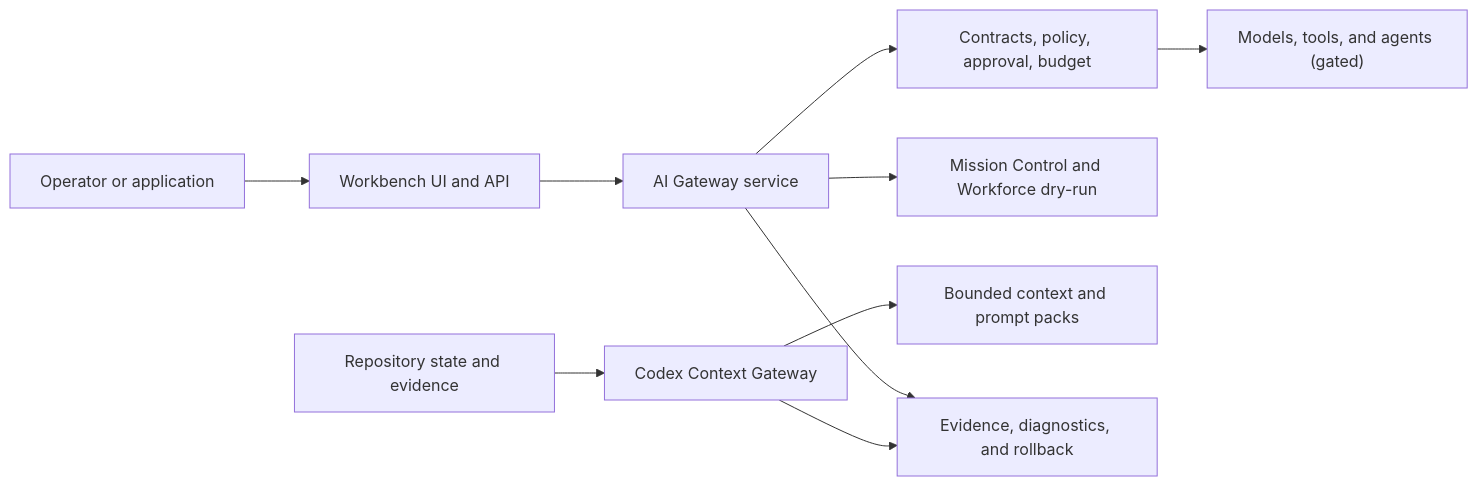
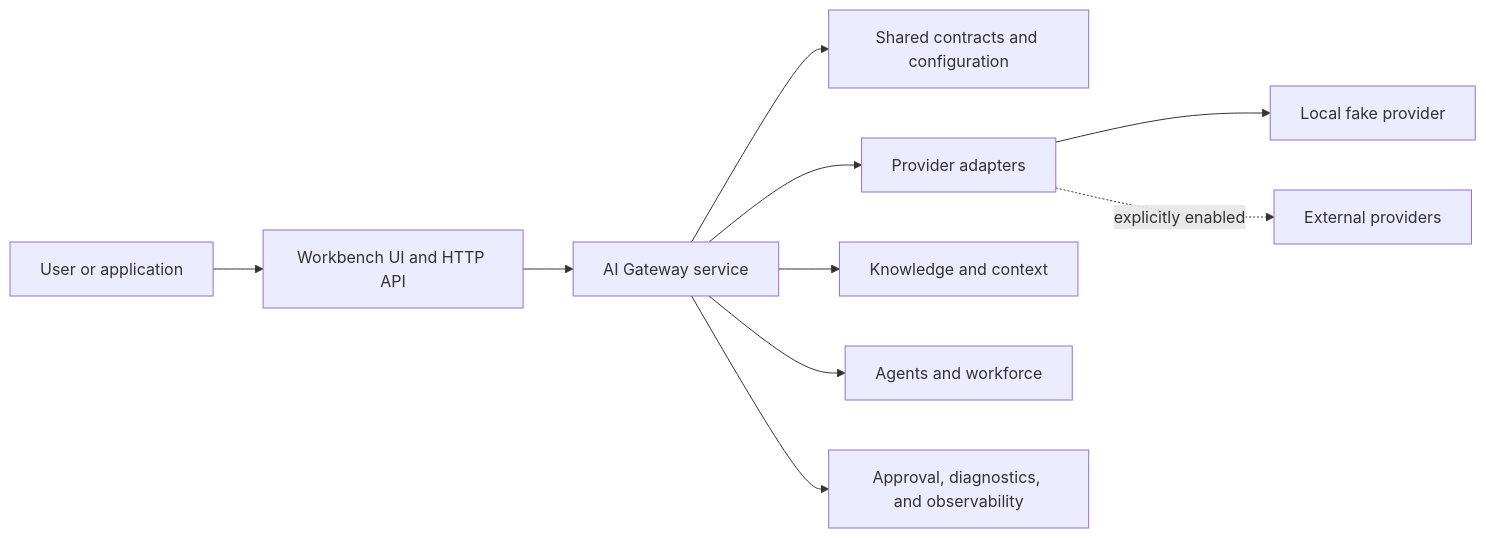
One commit to happy520ai/unified-ai-system changed the diagram in README.md. Above: the diagram before and after it, drawn with Mermaid. The commit also changed other lines of this file and 9233 other files, not shown here.

````diff
--- a/README.md
+++ b/README.md
@@ -61,14 +78,12 @@
 ```mermaid
 flowchart LR
-    O["Operator or application"] --> W["Workbench UI and API"]
-    W --> G["AI Gateway service"]
-    G --> P["Contracts, policy, approval, budget"]
-    P --> X["Models, tools, and agents (gated)"]
-    G --> M["Mission Control and Workforce dry-run"]
-
-    R["Repository state and evidence"] --> C["Codex Context Gateway"]
-    C --> K["Bounded context and prompt packs"]
-
-    G --> E["Evidence, diagnostics, and rollback"]
-    C --> E
+    U["User or application"] --> H["Workbench UI and HTTP API"]
+    H --> G["AI Gateway service"]
+    G --> C["Shared contracts and configuration"]
+    G --> P["Provider adapters"]
+    G --> K["Knowledge and context"]
+    G --> A["Agents and workforce"]
+    G --> O["Approval, diagnostics, and observability"]
+    P --> L["Local fake provider"]
+    P -. "explicitly enabled" .-> R["External providers"]
 ```
````
